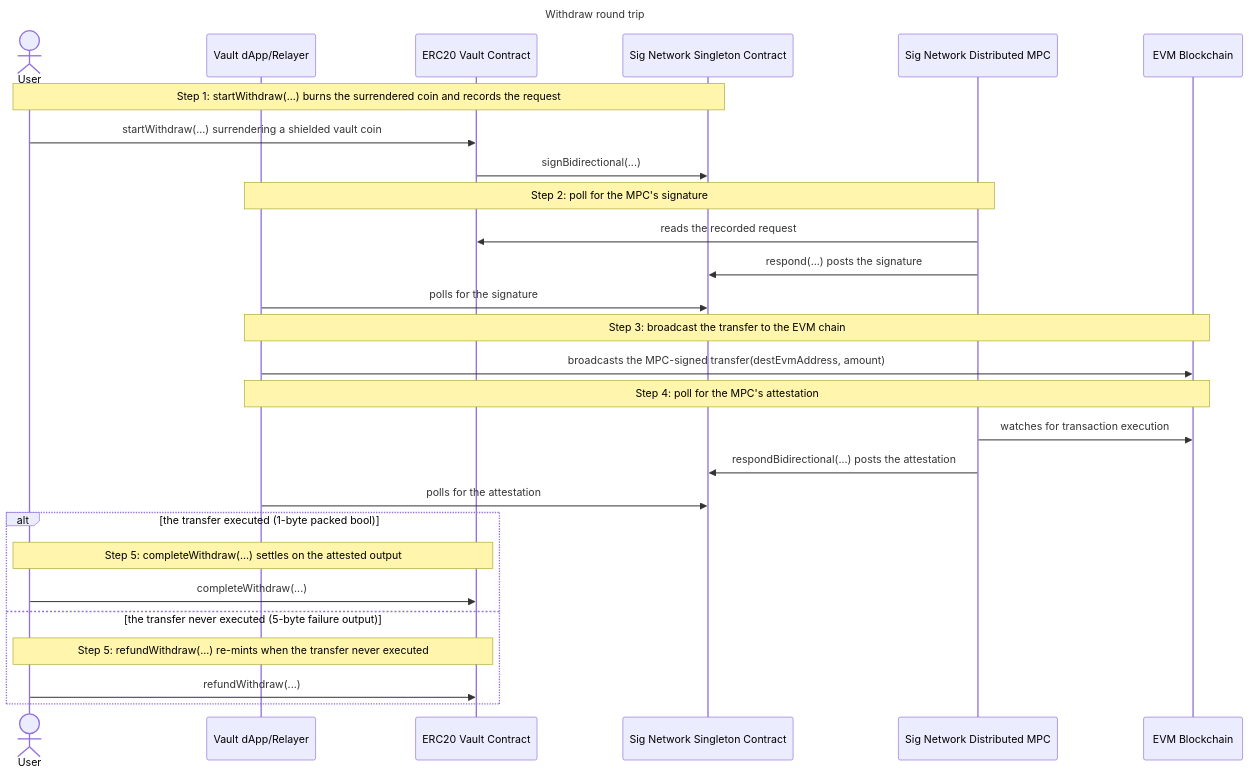
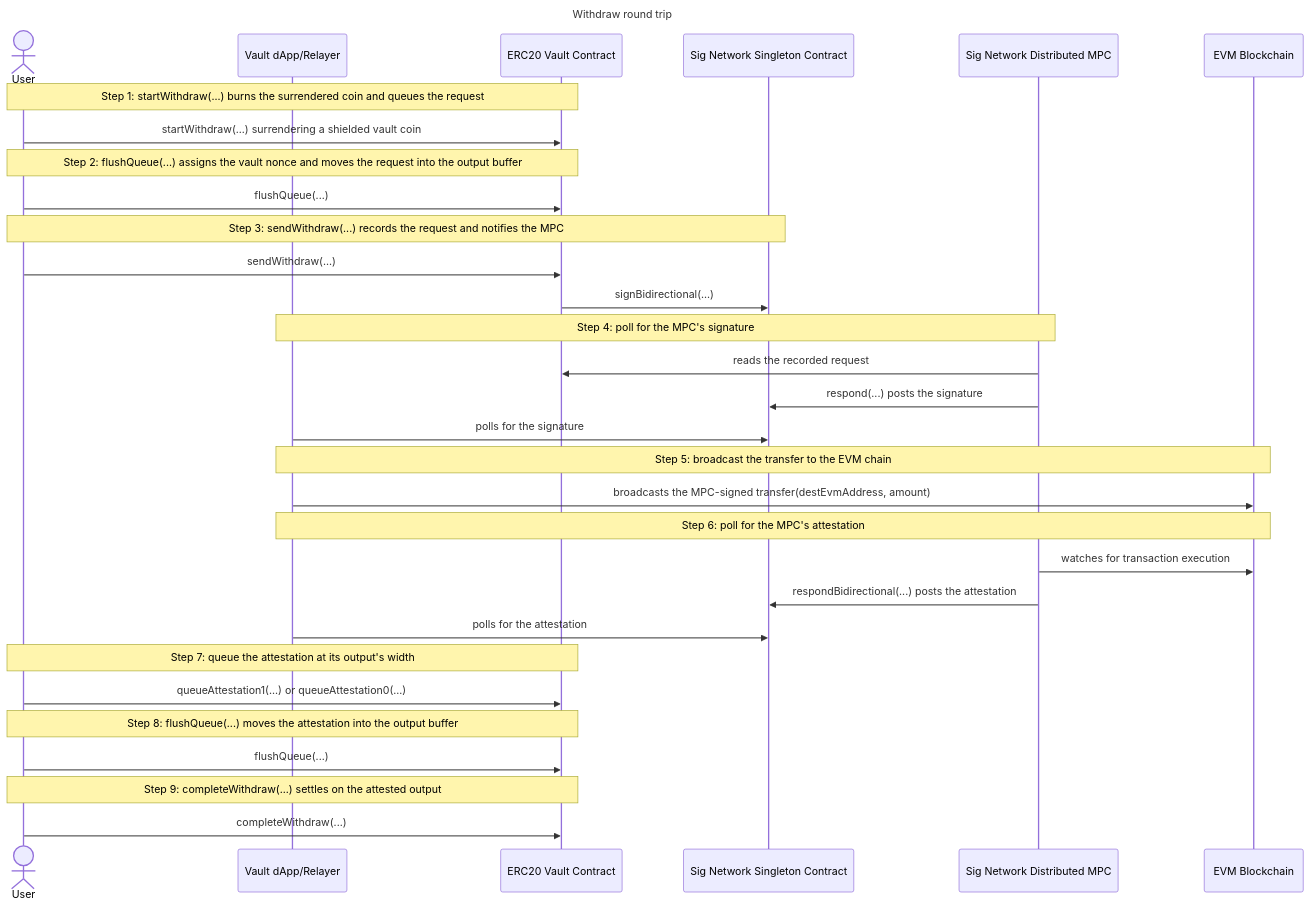
The diagram in examples/erc20-vault/docs/withdraw/withdraw.md (sig-net/midnight-examples), drawn with Mermaid before and after one commit. The commit also changed other lines of this file and 110 other files, not shown here.

````diff
--- a/examples/erc20-vault/docs/withdraw/withdraw.md
+++ b/examples/erc20-vault/docs/withdraw/withdraw.md
@@ -214,31 +190,34 @@
 ```mermaid
 sequenceDiagram
     title Withdraw round trip
     actor User
     participant DApp as Vault dApp/Relayer
     participant Vault as ERC20 Vault Contract
     participant Singleton as Sig Network Singleton Contract
     participant MPC as Sig Network Distributed MPC
     participant EVM as EVM Blockchain
 
-    Note over User,Singleton: Step 1: startWithdraw(...) burns the surrendered coin and records the request
+    Note over User,Vault: Step 1: startWithdraw(...) burns the surrendered coin and queues the request
     User->>Vault: startWithdraw(...) surrendering a shielded vault coin
+    Note over User,Vault: Step 2: flushQueue(...) assigns the vault nonce and moves the request into the output buffer
+    User->>Vault: flushQueue(...)
+    Note over User,Singleton: Step 3: sendWithdraw(...) records the request and notifies the MPC
+    User->>Vault: sendWithdraw(...)
     Vault->>Singleton: signBidirectional(...)
-    Note over DApp,MPC: Step 2: poll for the MPC's signature
+    Note over DApp,MPC: Step 4: poll for the MPC's signature
     MPC->>Vault: reads the recorded request
     MPC->>Singleton: respond(...) posts the signature
     DApp->>Singleton: polls for the signature
-    Note over DApp,EVM: Step 3: broadcast the transfer to the EVM chain
+    Note over DApp,EVM: Step 5: broadcast the transfer to the EVM chain
     DApp->>EVM: broadcasts the MPC-signed transfer(destEvmAddress, amount)
-    Note over DApp,EVM: Step 4: poll for the MPC's attestation
+    Note over DApp,EVM: Step 6: poll for the MPC's attestation
     MPC->>EVM: watches for transaction execution
     MPC->>Singleton: respondBidirectional(...) posts the attestation
     DApp->>Singleton: polls for the attestation
-    alt the transfer executed (1-byte packed bool)
-        Note over User,Vault: Step 5: completeWithdraw(...) settles on the attested output
-        User->>Vault: completeWithdraw(...)
-    else the transfer never executed (5-byte failure output)
-        Note over User,Vault: Step 5: refundWithdraw(...) re-mints when the transfer never executed
-        User->>Vault: refundWithdraw(...)
-    end
+    Note over User,Vault: Step 7: queue the attestation at its output's width
+    User->>Vault: queueAttestation1(...) or queueAttestation0(...)
+    Note over User,Vault: Step 8: flushQueue(...) moves the attestation into the output buffer
+    User->>Vault: flushQueue(...)
+    Note over User,Vault: Step 9: completeWithdraw(...) settles on the attested output
+    User->>Vault: completeWithdraw(...)
 ```
````
